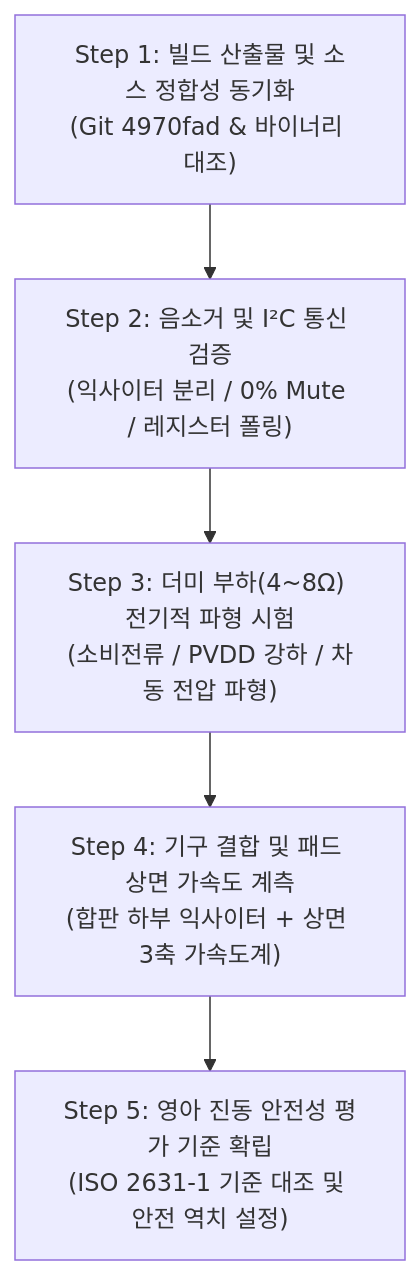
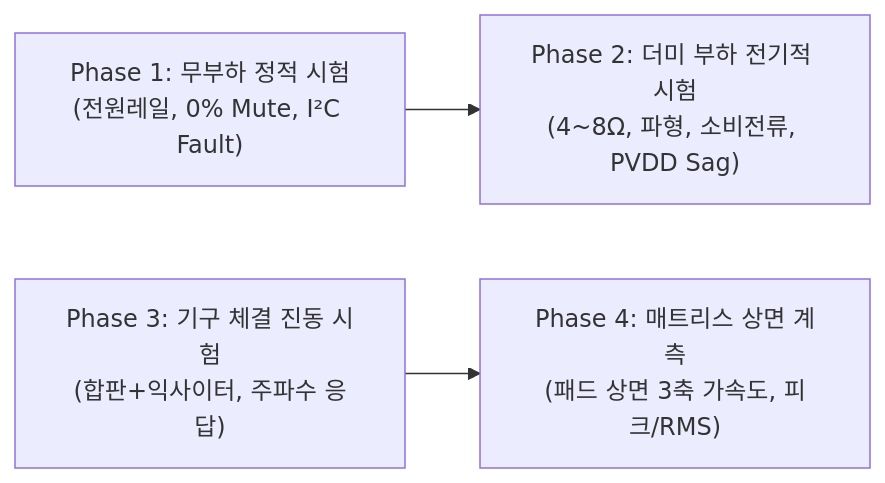
One commit to youngseokchomajn-web/MAJN_GEMINI changed the diagram in docs/MAJN_PHYSICAL_MEASUREMENT_AND_SAFETY_ASSESSMENT_PLAN.md. Above: the diagram before and after it, drawn with Mermaid. The commit also changed other lines of this file, not shown here.

Commit message:
fix(docs): establish rigorous measurement protocol, correct peak/RMS physics, and provide raw data sheet

````diff
--- a/docs/MAJN_PHYSICAL_MEASUREMENT_AND_SAFETY_ASSESSMENT_PLAN.md
+++ b/docs/MAJN_PHYSICAL_MEASUREMENT_AND_SAFETY_ASSESSMENT_PLAN.md
@@ -41,7 +49,5 @@
 ```mermaid
-flowchart TD
-    Step1["Step 1: 빌드 산출물 및 소스 정합성 동기화<br/>(Git 4970fad & 바이너리 대조)"] --> Step2["Step 2: 음소거 및 I²C 통신 검증<br/>(익사이터 분리 / 0% Mute / 레지스터 폴링)"]
-    Step2 --> Step3["Step 3: 더미 부하(4~8Ω) 전기적 파형 시험<br/>(소비전류 / PVDD 강하 / 차동 전압 파형)"]
-    Step3 --> Step4["Step 4: 기구 결합 및 패드 상면 가속도 계측<br/>(합판 하부 익사이터 + 상면 3축 가속도계)"]
-    Step4 --> Step5["Step 5: 영아 진동 안전성 평가 기준 확립<br/>(ISO 2631-1 기준 대조 및 안전 역치 설정)"]
+flowchart LR
+    Phase1["Phase 1: 무부하 정적 시험<br/>(전원레일, 0% Mute, I²C Fault)"] --> Phase2["Phase 2: 더미 부하 전기적 시험<br/>(4~8Ω, 파형, 소비전류, PVDD Sag)"]
+    Phase3["Phase 3: 기구 체결 진동 시험<br/>(합판+익사이터, 주파수 응답)"] --> Phase4["Phase 4: 매트리스 상면 계측<br/>(패드 상면 3축 가속도, 피크/RMS)"]
 ```
````
